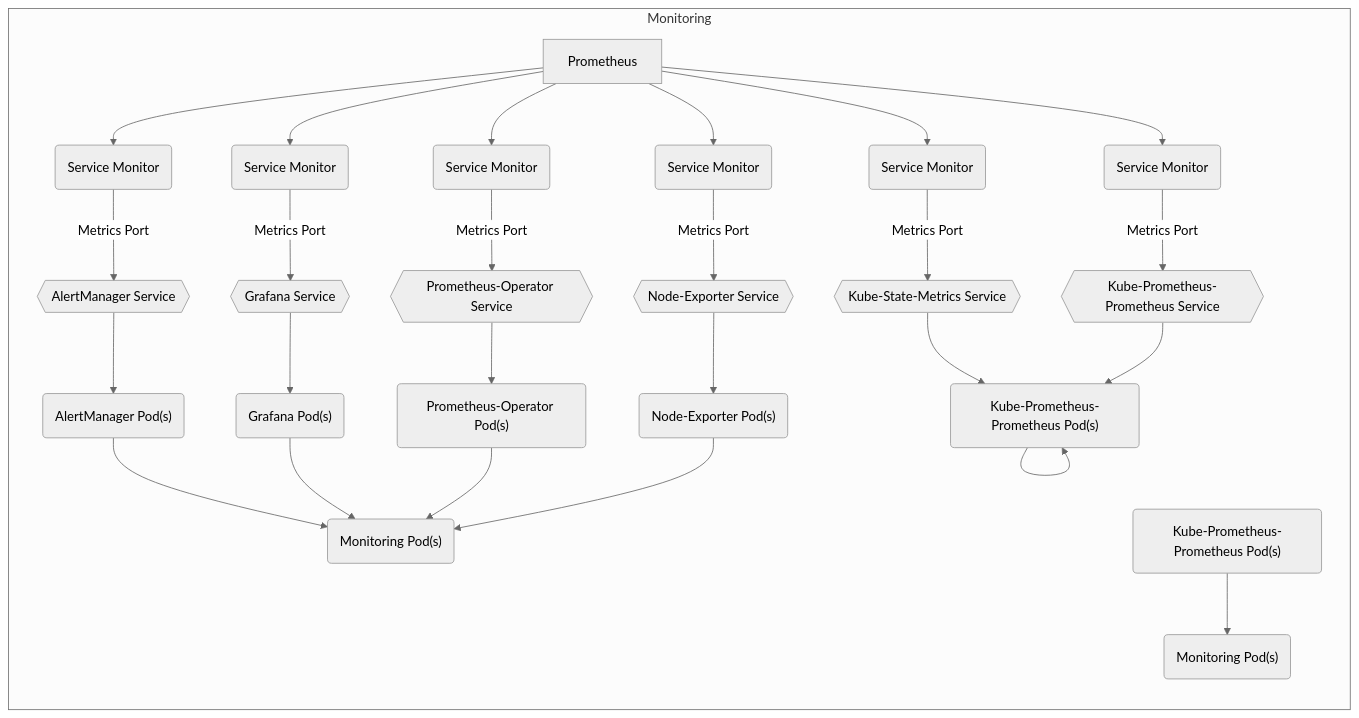
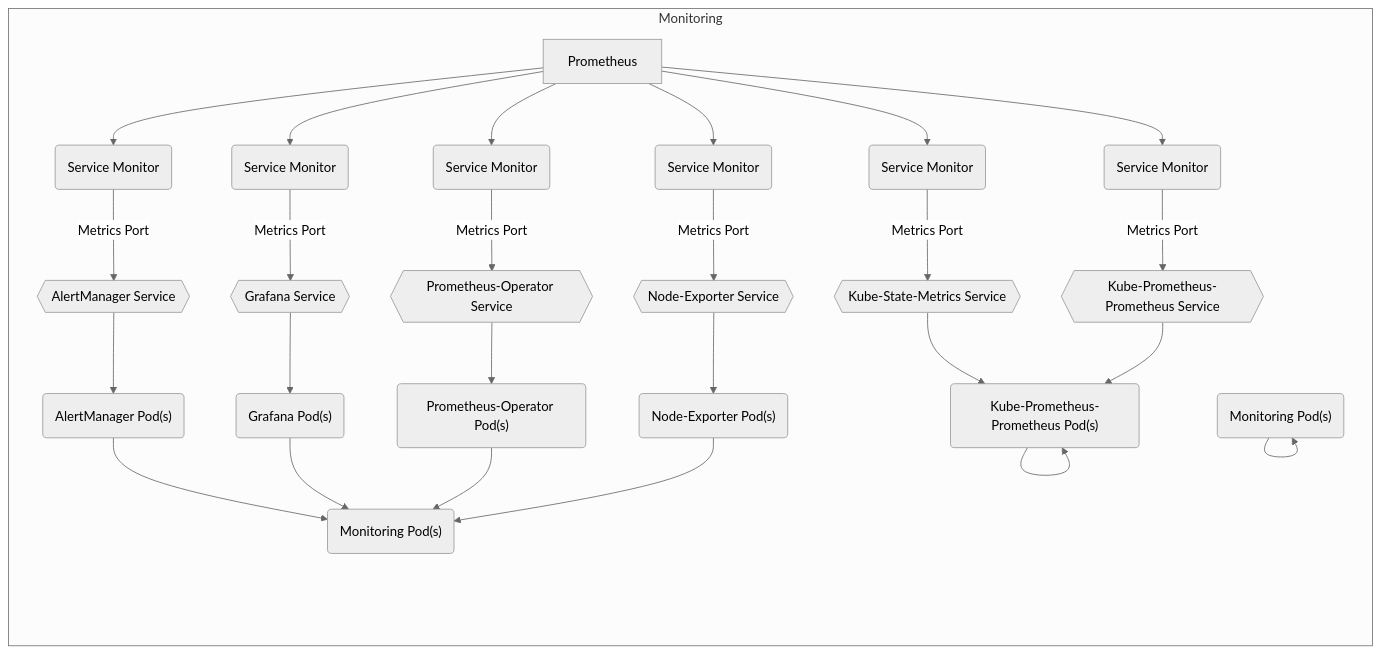
The diagram in charter/packages/monitoring/Architecture.md (sbko/bigbang), drawn with Mermaid (neutral theme) before and after one commit.

Commit message:
monitoring architecture

````diff
--- a/charter/packages/monitoring/Architecture.md
+++ b/charter/packages/monitoring/Architecture.md
@@ -12,32 +12,32 @@
  ```mermaid
 graph LR
   subgraph "Monitoring"
     alertmanagerpods("AlertManager Pod(s)") --> monitoringpods("Monitoring Pod(s)")
     alertmanagerservice{{AlertManager Service}} --> alertmanagerpods("AlertManager Pod(s)")
     alertmanagersvcmonitor("Service Monitor") --"Metrics Port"--> alertmanagerservice
     Prometheus --> alertmanagersvcmonitor("Service Monitor")
     grafanapods("Grafana Pod(s)") --> monitoringpods("Monitoring Pod(s)")
     grafanaservice{{Grafana Service}} --> grafanapods("Grafana Pod(s)")
     grafanasvcmonitor("Service Monitor") --"Metrics Port"--> grafanaservice
     Prometheus --> grafanasvcmonitor("Service Monitor")
     prometheusoperatorpods("Prometheus-Operator Pod(s)") --> monitoringpods("Monitoring Pod(s)")
     prometheusoperatorservice{{Prometheus-Operator Service}} -->  prometheusoperatorpods("Prometheus-Operator Pod(s)")
     prometheusoperatorsvcmonitor("Service Monitor") --"Metrics Port"--> prometheusoperatorservice
     Prometheus --> prometheusoperatorsvcmonitor("Service Monitor")
     nodeexporterpods("Node-Exporter Pod(s)") --> monitoringpods("Monitoring Pod(s)")
     nodeexporterservice{{Node-Exporter Service}} -->  nodeexporterpods("Node-Exporter Pod(s)")
     nodeexportersvcmonitor("Service Monitor") --"Metrics Port"-->  nodeexporterservice
     Prometheus --> nodeexportersvcmonitor("Service Monitor")
     kubestatemetricspods("Kube-State-Metrics Pod(s)") --> kubestatemetricspods("Monitoring Pod(s)")
     kubestatemetricsservice{{Kube-State-Metrics Service}} --> kubestatemetricspods("Kube-State-Metrics Pod(s)")
     kubestatemetricssvcmonitor("Service Monitor") --"Metrics Port"-->  kubestatemetricsservice
     Prometheus --> kubestatemetricssvcmonitor("Service Monitor")
-    kubeprometheusprometheus("Kube-Prometheus-Prometheus Pod(s)") --> kubeprometheusprometheuspods("Monitoring Pod(s)")
+    kubeprometheusprometheuspods("Kube-Prometheus-Prometheus Pod(s)") --> kubeprometheusprometheuspods("Monitoring Pod(s)")
     kubeprometheusprometheusservice{{Kube-Prometheus-Prometheus Service}} --> kubestatemetricspods("Kube-Prometheus-Prometheus Pod(s)")
     kubeprometheusprometheussvcmonitor("Service Monitor") --"Metrics Port"-->  kubeprometheusprometheusservice
     Prometheus --> kubeprometheusprometheussvcmonitor("Service Monitor")
 
     
   end
   
 ```   
````
